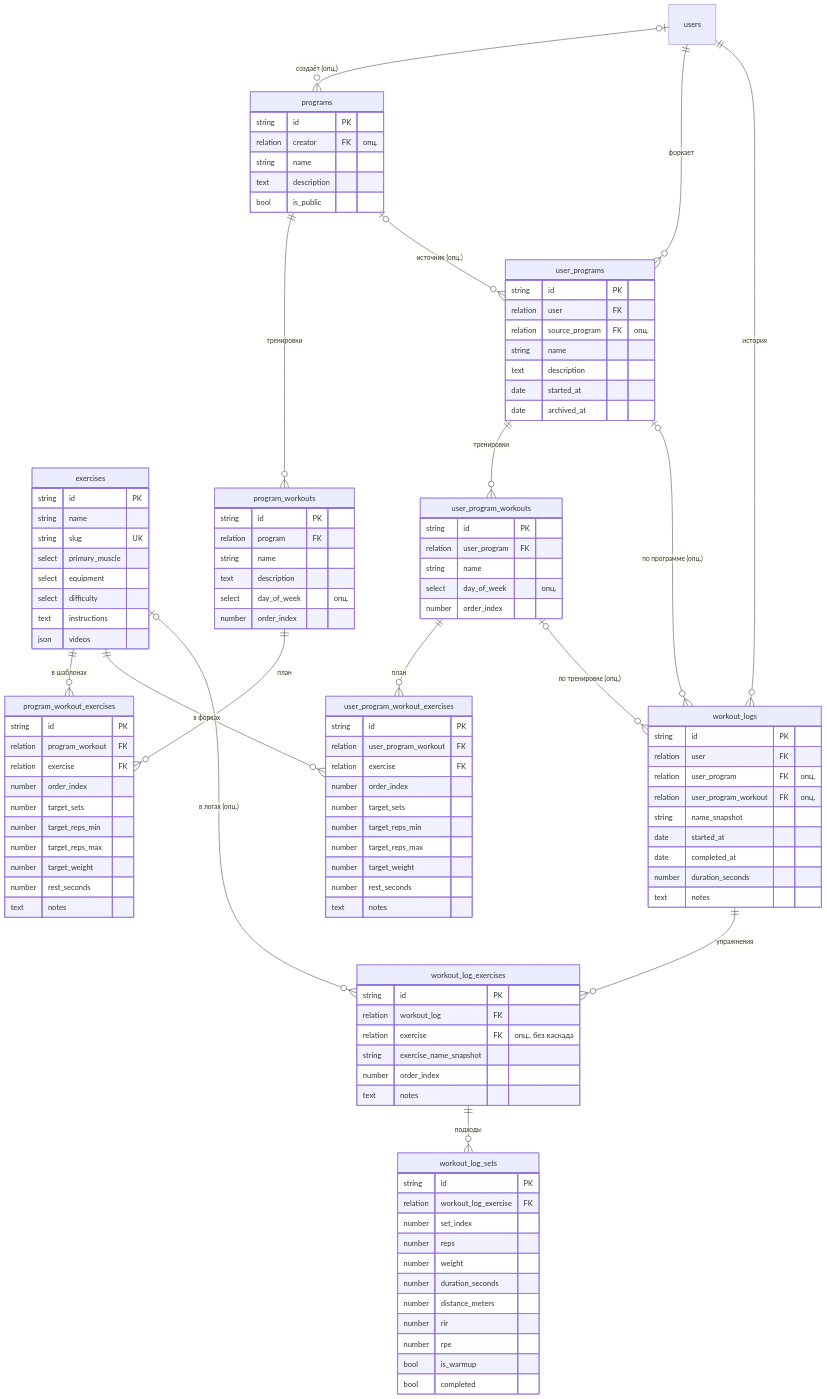
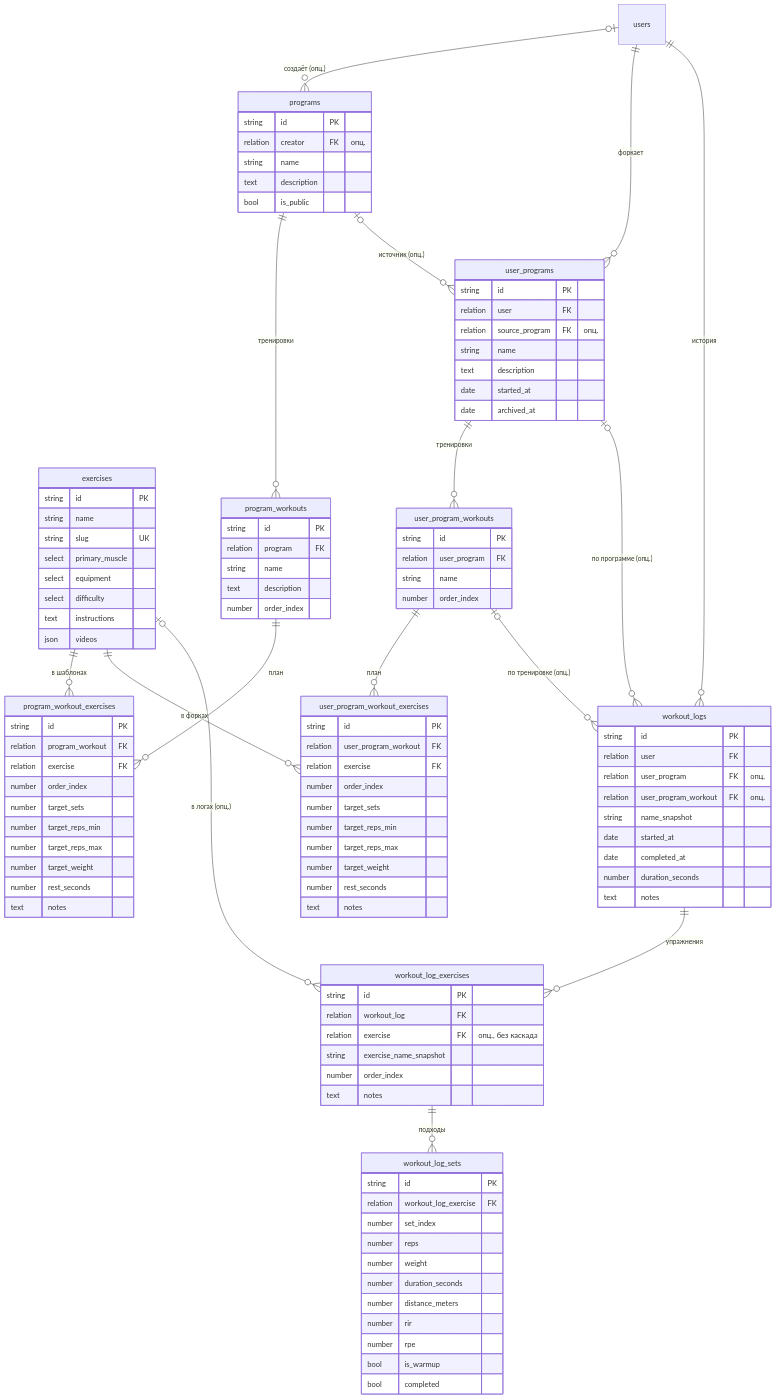
Before and after one commit to beer-building/gymmate-backend: the diagram in SCHEMA.md, drawn with Mermaid. The commit also changed other lines of this file and 2 other files, not shown here.

First line of the commit message:
refactor: удалено легаси-поле day_of_week

```diff
--- a/SCHEMA.md
+++ b/SCHEMA.md
@@ -74,7 +73,6 @@
         relation program FK
         string name
         text description
-        select day_of_week "опц."
         number order_index
     }
 
@@ -105,7 +103,6 @@
         string id PK
         relation user_program FK
         string name
-        select day_of_week "опц."
         number order_index
     }
 
```
